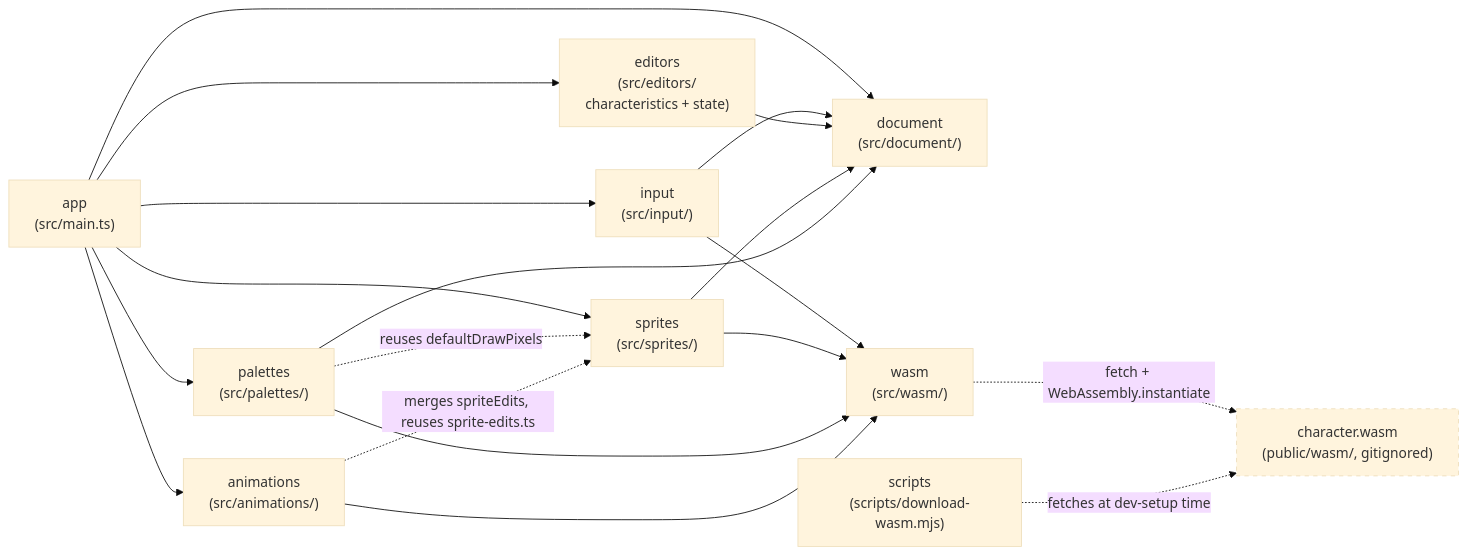
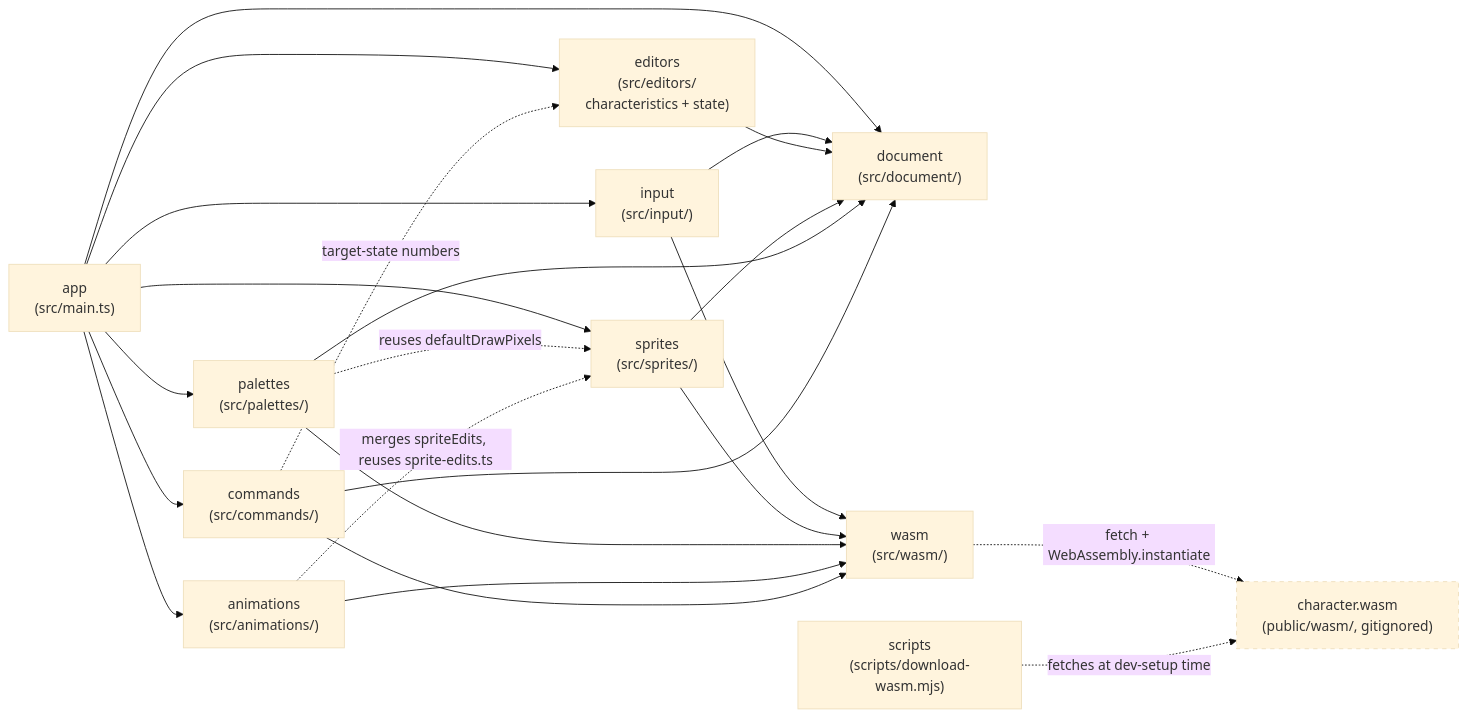
Before and after one commit to openkakutou/character-editor: the diagram in docs/architecture.md, drawn with Mermaid (base theme). The commit also changed other lines of this file and 23 other files, not shown here.

First line of the commit message:
feat: users can now view and edit a character's input commands, mapping one to a target state

````diff
--- a/docs/architecture.md
+++ b/docs/architecture.md
@@ -13,23 +13,27 @@
 ```mermaid
 flowchart LR
     app["app\n(src/main.ts)"] --> input["input\n(src/input/)"]
     app --> document["document\n(src/document/)"]
     app --> editors["editors\n(src/editors/\ncharacteristics + state)"]
     app --> sprites["sprites\n(src/sprites/)"]
     app --> palettes["palettes\n(src/palettes/)"]
     app --> animations["animations\n(src/animations/)"]
+    app --> commands["commands\n(src/commands/)"]
     input --> wasm["wasm\n(src/wasm/)"]
     input --> document
     editors --> document
     sprites --> document
     sprites --> wasm
     palettes --> document
     palettes --> wasm
     palettes -.->|reuses defaultDrawPixels| sprites
     animations --> wasm
     animations -.->|merges spriteEdits, reuses sprite-edits.ts| sprites
+    commands --> document
+    commands --> wasm
+    commands -.->|target-state numbers| editors
     wasm -.->|fetch + WebAssembly.instantiate| module["character.wasm\n(public/wasm/, gitignored)"]
     scripts["scripts\n(scripts/download-wasm.mjs)"] -.->|fetches at dev-setup time| module
 
     style module stroke-dasharray: 5 5
 ```
````
